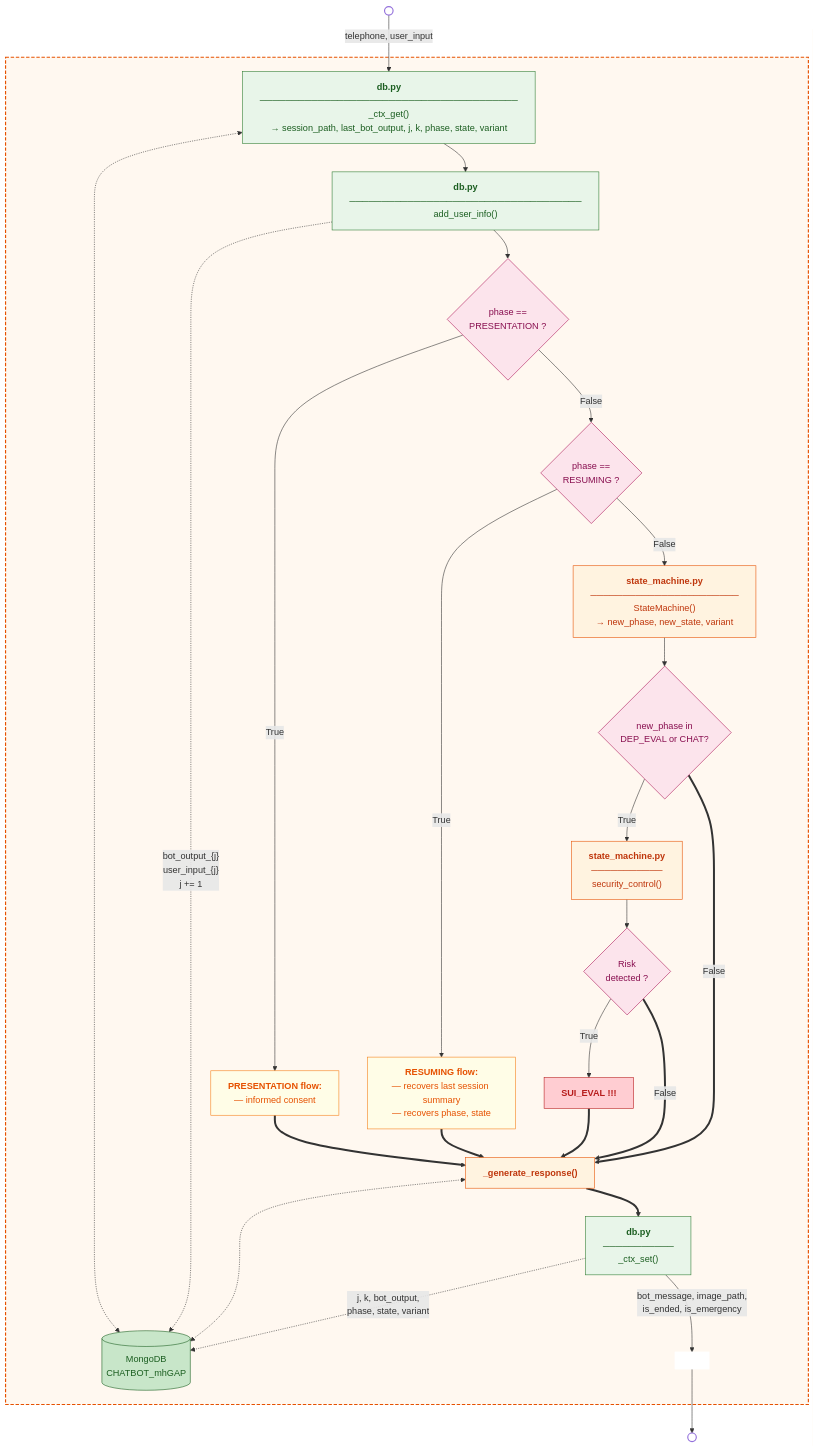
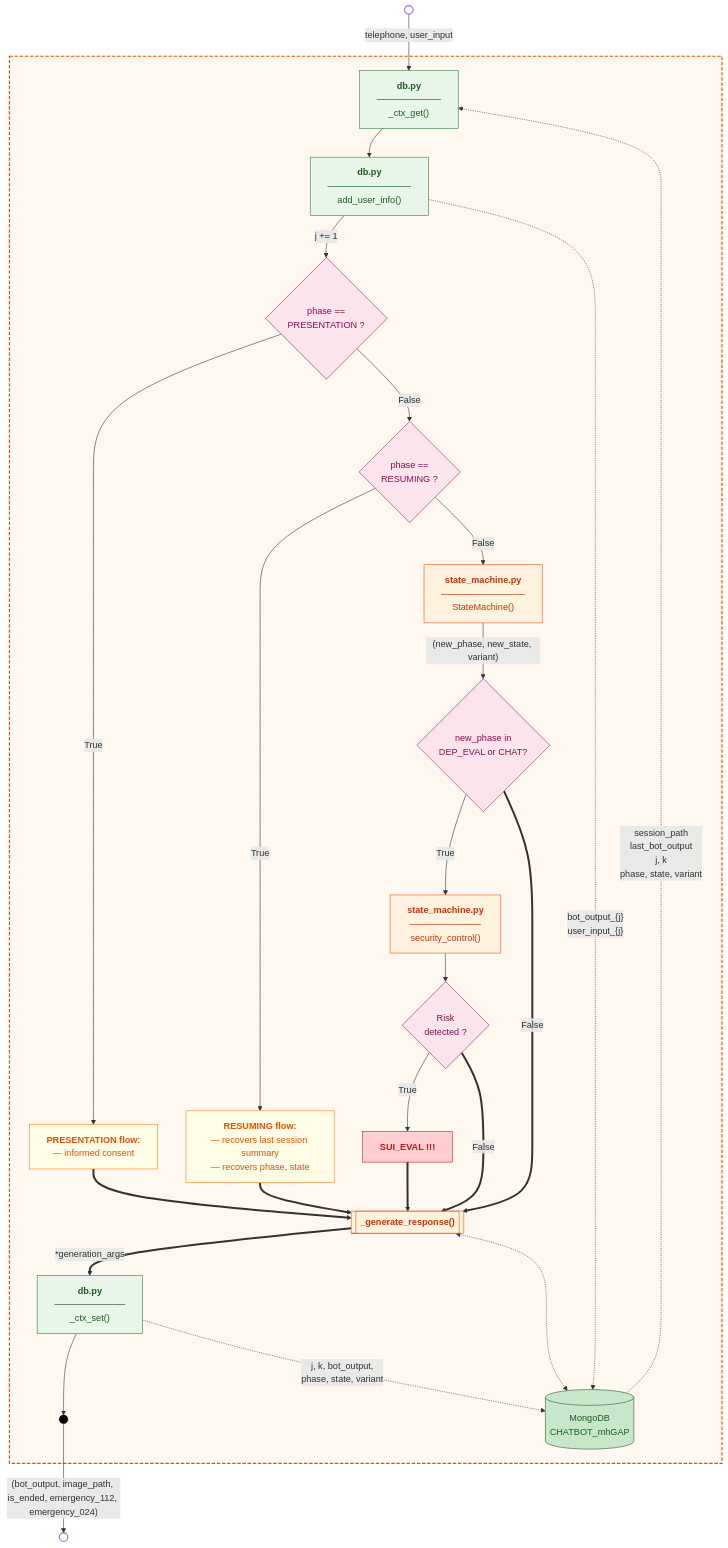
Before and after one commit to JordiiQueralto/AURORA_mhGAP-IG_v2.0: the fourth of 7 diagrams in diagrams/ZZ_Backend_flow_diagram.md, drawn with Mermaid. The commit also changed other lines of this file and 4 other files, not shown here.

````diff
--- a/diagrams/ZZ_Backend_flow_diagram.md
+++ b/diagrams/ZZ_Backend_flow_diagram.md
@@ -193,75 +189,75 @@
 ```mermaid
 flowchart TD
 
     START(( )):::circle
     FINISH(( )):::circle
 
     START -->|"telephone, user_input"| CTX_GET
 
     subgraph PROCESS_MSG[" "]
 
-        CTX_GET["<b>db.py</b><br/>────────────────────────────────────────<br/>_ctx_get()<br/>→ session_path, last_bot_output, j, k, phase, state, variant"]:::dbmod
-        HIST["<b>db.py</b><br/>────────────────────────────────────<br/>add_user_info()"]:::dbmod
+        CTX_GET["<b>db.py</b><br/>──────────<br/>_ctx_get()"]:::dbmod
+        HIST["<b>db.py</b><br/>─────────────<br/>add_user_info()"]:::dbmod
 
         D_PRES{phase ==<br/>PRESENTATION ?}:::decision
         D_RES{phase ==<br/>RESUMING ?}:::decision
 
         PRES["<b>PRESENTATION flow:</b><br/>— informed consent"]:::flowblock
 
         RES["<b>RESUMING flow:</b><br/>— recovers last session summary<br/>— recovers phase, state"]:::flowblock
 
-        FSM["<b>state_machine.py</b><br/>───────────────────────<br/>StateMachine()<br/>→ new_phase, new_state, variant"]:::module
+        FSM["<b>state_machine.py</b><br/>─────────────<br/>StateMachine()"]:::module
 
         SEC_GATE{new_phase in<br/>DEP_EVAL or CHAT?}:::decision
 
         SEC["<b>state_machine.py</b><br/>───────────<br/>security_control()"]:::module
 
         RISK{Risk<br/>detected ?}:::decision
 
         EMERGENCY["<b>SUI_EVAL !!!</b>"]:::emergency
 
-        GEN_RESP["<b>_generate_response()</b>"]:::module
+        GEN_RESP[["<b>_generate_response()</b>"]]:::module
 
         CTX_SET["<b>db.py</b><br/>───────────<br/>_ctx_set()"]:::dbmod
 
         MONGO[("MongoDB<br/>CHATBOT_mhGAP")]:::db
 
-        BOTTOM[ ]:::phantom
+        BOTTOM(( )):::junction
 
         CTX_GET --> HIST
-        HIST --> D_PRES
+        HIST -->|"j += 1"| D_PRES
 
         D_PRES -->|True| PRES ==> GEN_RESP
         D_PRES -->|False| D_RES
         D_RES  -->|True| RES  ==> GEN_RESP
-        D_RES  -->|False| FSM --> SEC_GATE
+        D_RES  -->|False| FSM
 
+        FSM -->|"(new_phase, new_state, variant)"| SEC_GATE
         SEC_GATE -->|True| SEC --> RISK
         RISK -->|True| EMERGENCY ==> GEN_RESP
         RISK ==>|False| GEN_RESP
         SEC_GATE ==>|False| GEN_RESP
 
-        GEN_RESP ==> CTX_SET
+        GEN_RESP ==>|"*generation_args"| CTX_SET
 
-        CTX_GET <-.-> MONGO
-        HIST -.->|"bot_output_{j}<br/>user_input_{j}<br/>j += 1"| MONGO
+        MONGO -.->|"session_path<br/>last_bot_output<br/>j, k<br/>phase, state, variant"| CTX_GET
+        HIST -.->|"bot_output_{j}<br/>user_input_{j}"| MONGO
+        CTX_SET --> BOTTOM
+        CTX_SET -.->|"j, k, bot_output,<br/>phase, state, variant"| MONGO
         GEN_RESP <-.-> MONGO
-        CTX_SET -.->|"j, k, bot_output,<br/>phase, state, variant"| MONGO
-
-        CTX_SET -->|"bot_message, image_path,<br/>is_ended, is_emergency"| BOTTOM
 
     end
 
-    BOTTOM --> FINISH
+    BOTTOM -->|"(bot_output, image_path, is_ended, emergency_112, emergency_024)"| FINISH
 
     classDef circle    fill:#ffffff,stroke:#9370db,stroke-width:2px,color:#ffffff
-    classDef phantom   fill:#ffffff,stroke:#ffffff,color:#ffffff
+    classDef junction  fill:#000000,stroke:#000000,color:#000000
     classDef module    fill:#fff3e0,stroke:#e65100,color:#bf360c
     classDef flowblock fill:#fffde7,stroke:#f57f17,color:#e65100
     classDef decision  fill:#fce4ec,stroke:#ad1457,color:#880e4f
     classDef dbmod     fill:#e8f5e9,stroke:#2e7d32,color:#1b5e20
     classDef db        fill:#c8e6c9,stroke:#1b5e20,color:#1b5e20
     classDef emergency fill:#ffcdd2,stroke:#b71c1c,color:#b71c1c
 
     style PROCESS_MSG fill:#fff8f0,stroke:#e65100,stroke-width:2px,stroke-dasharray: 6 3
 ```
````
